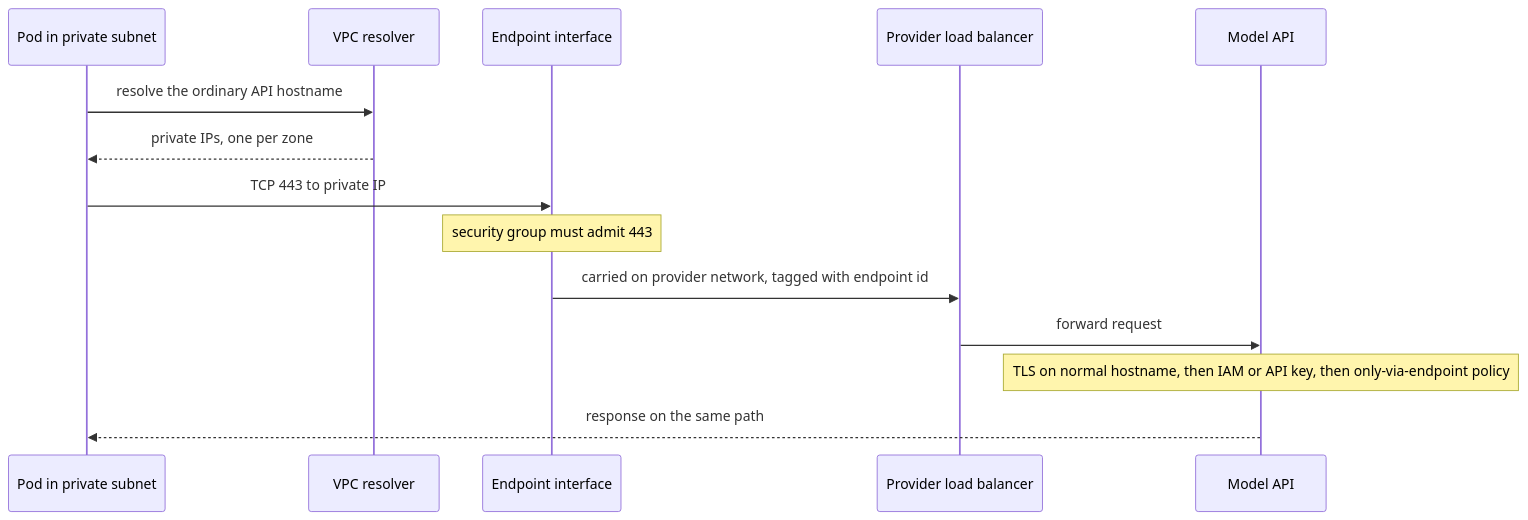
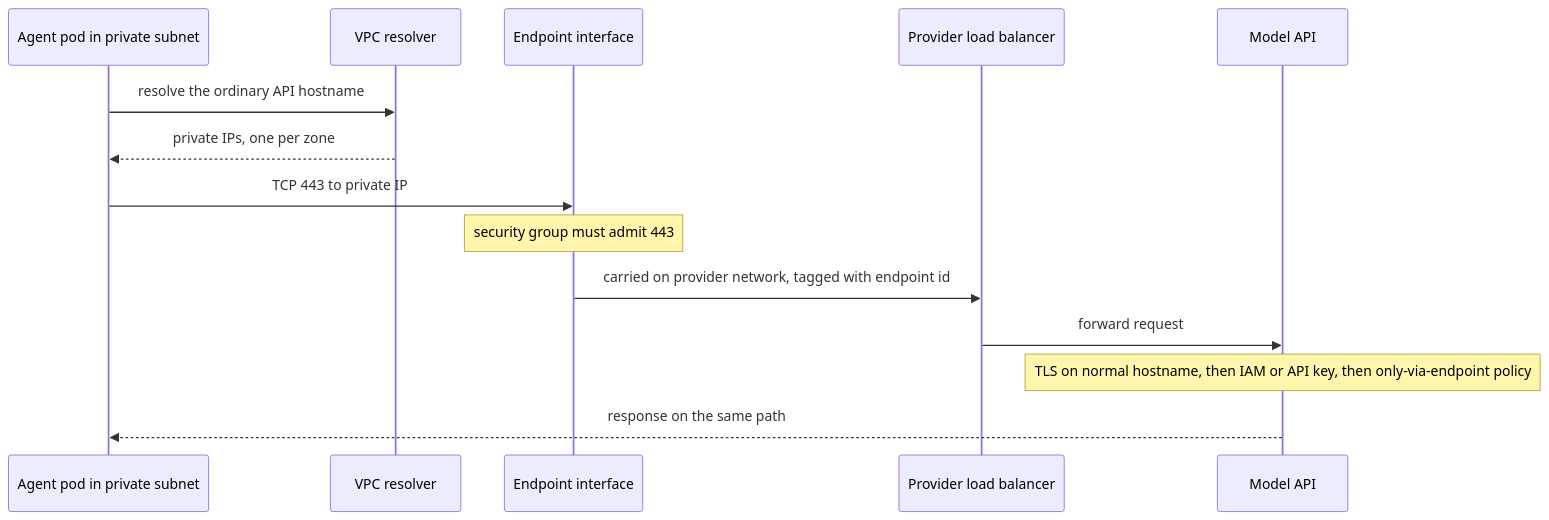
One commit to lovishmahajan97/agentic-learning changed the diagram in content/deployment/private-endpoints.md. Above: the diagram before and after it, drawn with Mermaid. The commit also changed other lines of this file and 485 other files, not shown here.

````diff
--- a/content/deployment/private-endpoints.md
+++ b/content/deployment/private-endpoints.md
@@ -118,16 +137,16 @@
 ```mermaid
 sequenceDiagram
-    participant P as Pod in private subnet
+    participant P as Agent pod in private subnet
     participant R as VPC resolver
     participant E as Endpoint interface
     participant L as Provider load balancer
     participant S as Model API
     P->>R: resolve the ordinary API hostname
     R-->>P: private IPs, one per zone
     P->>E: TCP 443 to private IP
     Note over E: security group must admit 443
     E->>L: carried on provider network, tagged with endpoint id
     L->>S: forward request
     Note over S: TLS on normal hostname, then IAM or API key, then only-via-endpoint policy
     S-->>P: response on the same path
 ```
````
